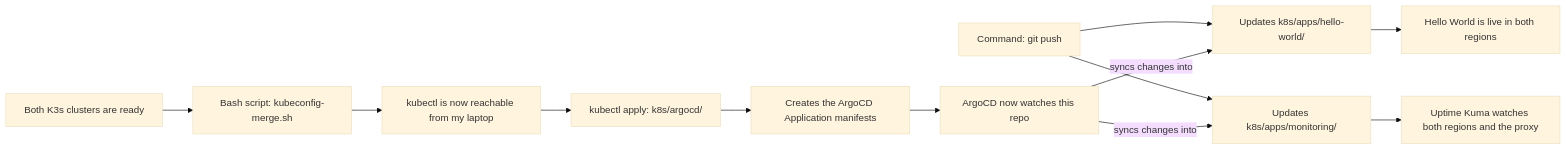
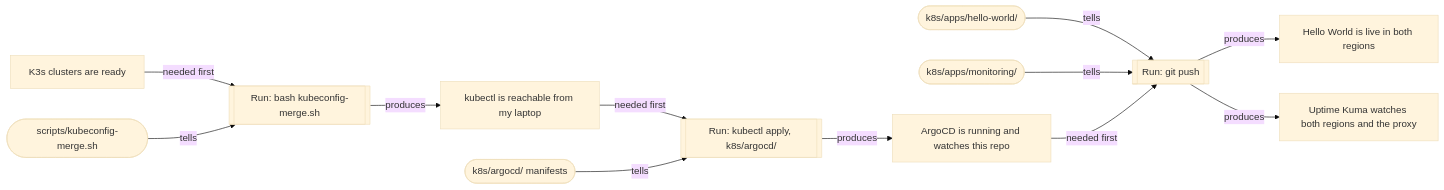
The fourth of 5 diagrams in README.md (Dennis4507/cloud-native-ha-platform), drawn with Mermaid (base theme) before and after one commit. The commit also changed other lines of this file, not shown here.

````diff
--- a/README.md
+++ b/README.md
@@ -86,14 +86,16 @@
 ```mermaid
 flowchart LR
-    IN3["Both K3s clusters are ready"] --> CMD3b["Bash script: kubeconfig-merge.sh"]
-    CMD3b --> OUT3b["kubectl is now reachable from my laptop"]
-    OUT3b --> CMD4["kubectl apply: k8s/argocd/"]
-    CMD4 --> K1["Creates the ArgoCD Application manifests"]
-    K1 --> OUT4["ArgoCD now watches this repo"]
-    CMD5["Command: git push"] --> K2["Updates k8s/apps/hello-world/"]
-    CMD5 --> K3["Updates k8s/apps/monitoring/"]
-    OUT4 -->|syncs changes into| K2
-    OUT4 -->|syncs changes into| K3
-    K2 --> OUT5["Hello World is live in both regions"]
-    K3 --> OUT5b["Uptime Kuma watches both regions and the proxy"]
+    IN3["K3s clusters are ready"] -->|needed first| CMD3B[["Run: bash kubeconfig-merge.sh"]]
+    F3B(["scripts/kubeconfig-merge.sh"]) -->|tells| CMD3B
+    CMD3B -->|produces| OUT3B["kubectl is reachable from my laptop"]
+
+    OUT3B -->|needed first| CMD4[["Run: kubectl apply, k8s/argocd/"]]
+    F4(["k8s/argocd/ manifests"]) -->|tells| CMD4
+    CMD4 -->|produces| OUT4["ArgoCD is running and watches this repo"]
+
+    F5A(["k8s/apps/hello-world/"]) -->|tells| CMD5[["Run: git push"]]
+    F5B(["k8s/apps/monitoring/"]) -->|tells| CMD5
+    OUT4 -->|needed first| CMD5
+    CMD5 -->|produces| OUT5A["Hello World is live in both regions"]
+    CMD5 -->|produces| OUT5B["Uptime Kuma watches both regions and the proxy"]
 ```
````
